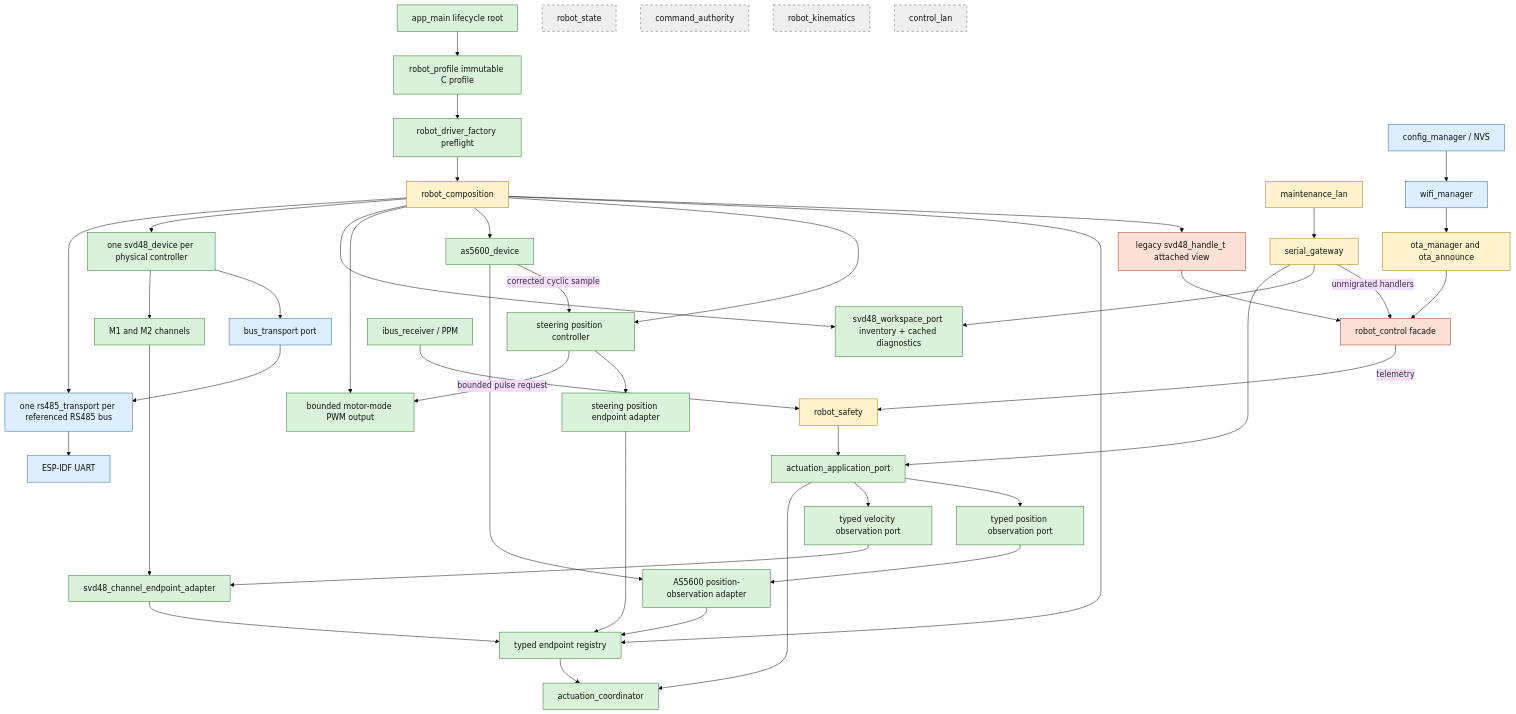
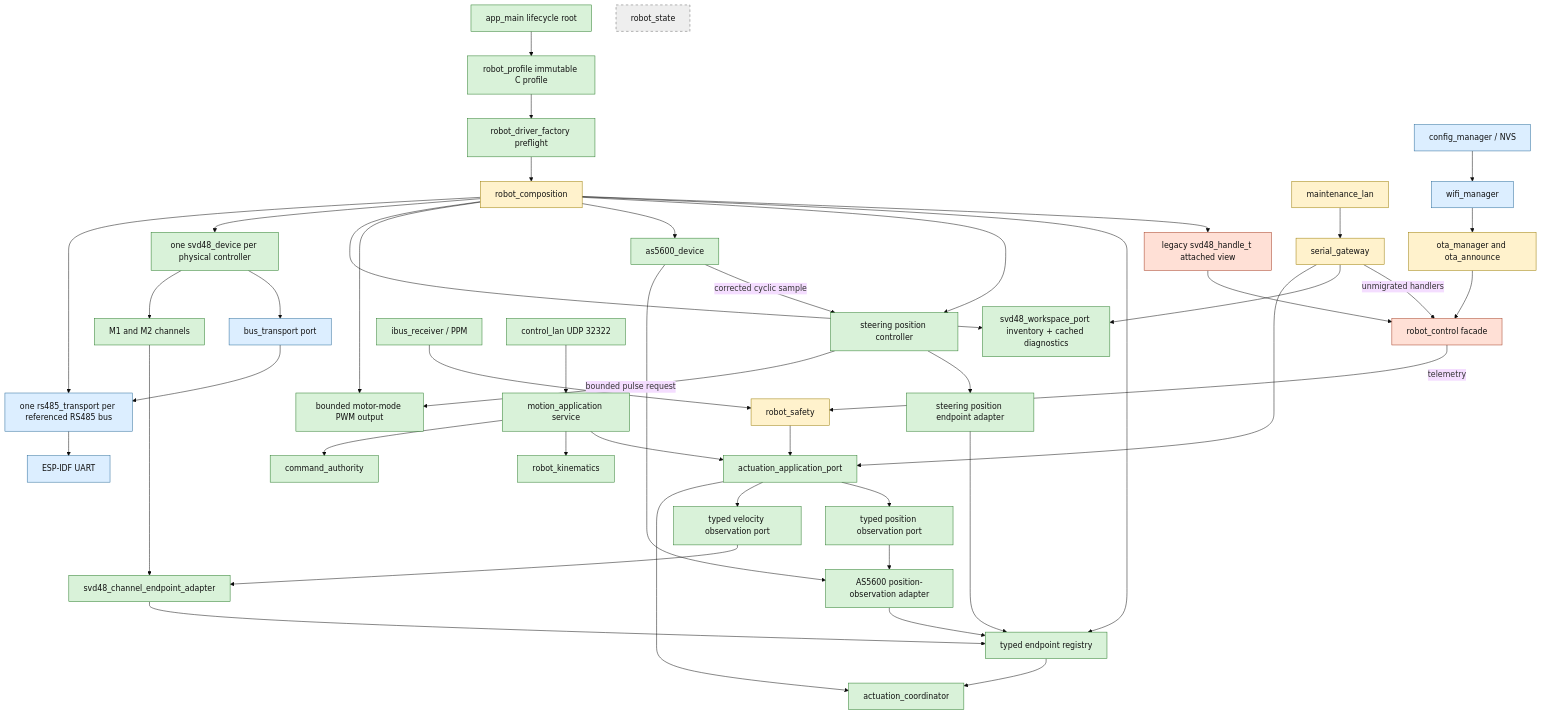
One commit to juanpmz2001/sistema-motriz-rs485 changed the first of 5 diagrams in docs/ARCHITECTURE.md. Above: the diagram before and after it, drawn with Mermaid (base theme). The commit also changed other lines of this file and 32 other files, not shown here.

Commit message:
feat: activate safe LAN motion control plane

````diff
--- a/docs/ARCHITECTURE.md
+++ b/docs/ARCHITECTURE.md
@@ -20,54 +20,56 @@
 ```mermaid
 flowchart TB
   classDef active fill:#d9f2d9,stroke:#287a28,color:#111
   classDef transition fill:#fff2cc,stroke:#9a7b00,color:#111
   classDef legacy fill:#ffe0d6,stroke:#a33a20,color:#111
   classDef dormant fill:#eeeeee,stroke:#666,stroke-dasharray:5 5,color:#111
   classDef infra fill:#dceeff,stroke:#286a9a,color:#111
 
   MAIN[app_main lifecycle root]:::active --> PROFILE[robot_profile immutable C profile]:::active
   PROFILE --> PREFLIGHT[robot_driver_factory preflight]:::active
   PREFLIGHT --> COMPOSE[robot_composition]:::transition
   COMPOSE --> RSBUS[one rs485_transport per referenced RS485 bus]:::infra
   COMPOSE --> DEV[one svd48_device per physical controller]:::active
   COMPOSE --> WORKSPACE[svd48_workspace_port inventory + cached diagnostics]:::active
   COMPOSE --> PWM[bounded motor-mode PWM output]:::active
   COMPOSE --> AS5600[as5600_device]:::active
   COMPOSE --> STEER[steering position controller]:::active
   COMPOSE --> REG[typed endpoint registry]:::active
   DEV --> CHANNEL[M1 and M2 channels]:::active
   CHANNEL --> DIRECT[svd48_channel_endpoint_adapter]:::active
   DIRECT --> REG
   AS5600 --> ASOBS[AS5600 position-observation adapter]:::active
   ASOBS --> REG
   AS5600 -->|corrected cyclic sample| STEER
   STEER -->|bounded pulse request| PWM
   STEER --> STEERADAPT[steering position endpoint adapter]:::active
   STEERADAPT --> REG
   REG --> COORD[actuation_coordinator]:::active
   RSBUS --> UART[ESP-IDF UART]:::infra
   DEV --> BUSPORT[bus_transport port]:::infra --> RSBUS
 
   SERIAL[serial_gateway]:::transition --> APP[actuation_application_port]:::active
   SERIAL --> WORKSPACE
   APP --> COORD
   APP --> VOBS[typed velocity observation port]:::active
   APP --> POBS[typed position observation port]:::active
   VOBS --> DIRECT
   POBS --> ASOBS
   SAFETY[robot_safety]:::transition --> APP
   MAINT[maintenance_lan]:::transition --> SERIAL
   RC[ibus_receiver / PPM]:::active --> SAFETY
 
+  CLAN[control_lan UDP 32322]:::active --> MOTION[motion_application service]:::active
+  MOTION --> AUTH[command_authority]:::active
+  MOTION --> KIN[robot_kinematics]:::active
+  MOTION --> APP
+
   COMPOSE --> WRAP[legacy svd48_handle_t attached view]:::legacy
   WRAP --> CONTROL[robot_control facade]:::legacy
   SERIAL -->|unmigrated handlers| CONTROL
   CONTROL -->|telemetry| SAFETY
   OTA[ota_manager and ota_announce]:::transition --> CONTROL
   CONFIG[config_manager / NVS]:::infra --> WIFI[wifi_manager]:::infra --> OTA
 
   STATE[robot_state]:::dormant
-  AUTH[command_authority]:::dormant
-  KIN[robot_kinematics]:::dormant
-  CLAN[control_lan]:::dormant
 ```
````
